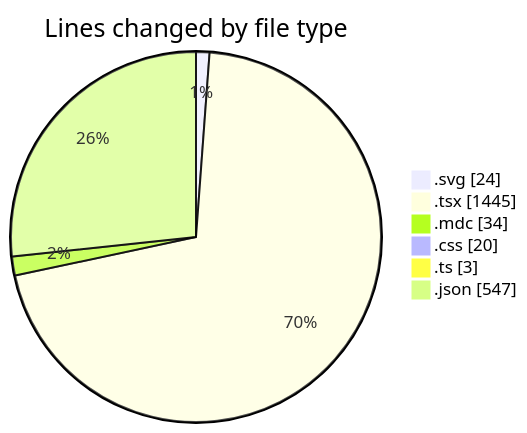
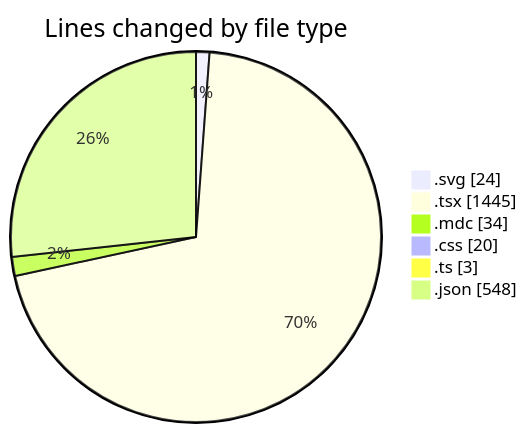
One commit to EIIisD/code-tracking changed the first of 2 diagrams in 2025-07-18/ribbon/README.md. Above: the diagram before and after it, drawn with Mermaid. The commit also changed other lines of this file and 1 other file, not shown here.

````diff
--- a/2025-07-18/ribbon/README.md
+++ b/2025-07-18/ribbon/README.md
@@ -27,10 +27,10 @@
 ```mermaid
 pie showData
 title Lines changed by file type
 ".svg" : 24
 ".tsx" : 1445
 ".mdc" : 34
 ".css" : 20
 ".ts" : 3
-".json" : 547
+".json" : 548
 ```
````
